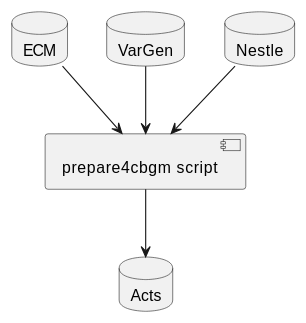
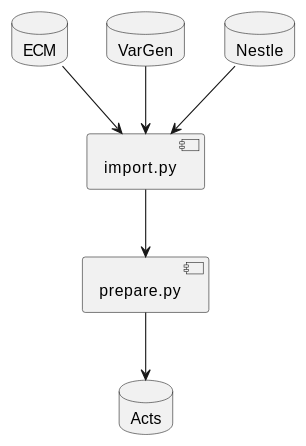
One commit to cceh/ntg changed the second of 3 diagrams in doc_src/intro.rst. Above: the diagram before and after it, drawn with PlantUML. The commit also changed other lines of this file and 86 other files, not shown here.

```diff
--- a/doc_src/intro.rst
+++ b/doc_src/intro.rst
@@ -73,16 +71,18 @@
 .. uml::
    :align: center
-   :caption: Database Preparation
+   :caption: Database Preparation for CBGM
 
    skinparam backgroundColor transparent
 
-   database "ECM"    as dbsrc1
-   database "VarGen" as dbsrc2
-   database "Nestle" as dbsrc3
-   component "prepare4cbgm script" as p4c
-   database "Acts"   as db
+   database  "ECM"        as dbsrc1
+   database  "VarGen"     as dbsrc2
+   database  "Nestle"     as dbsrc3
+   component "import.py"  as import
+   database  "Acts"       as db
+   component "prepare.py" as prepare
 
-   dbsrc1 --> p4c
-   dbsrc2 --> p4c
-   dbsrc3 --> p4c
-   p4c --> db
+   dbsrc1  --> import
+   dbsrc2  --> import
+   dbsrc3  --> import
+   import  --> prepare
+   prepare --> db
```
